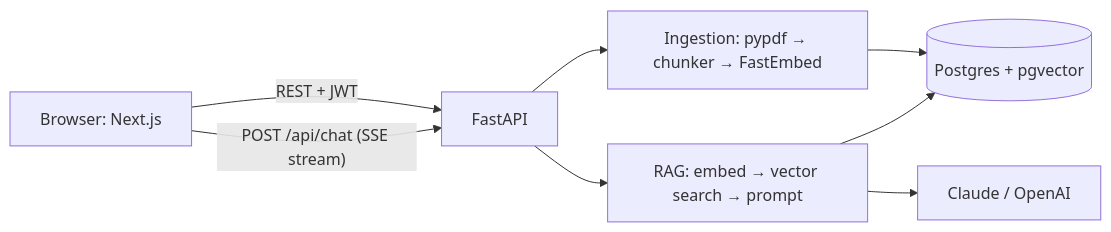
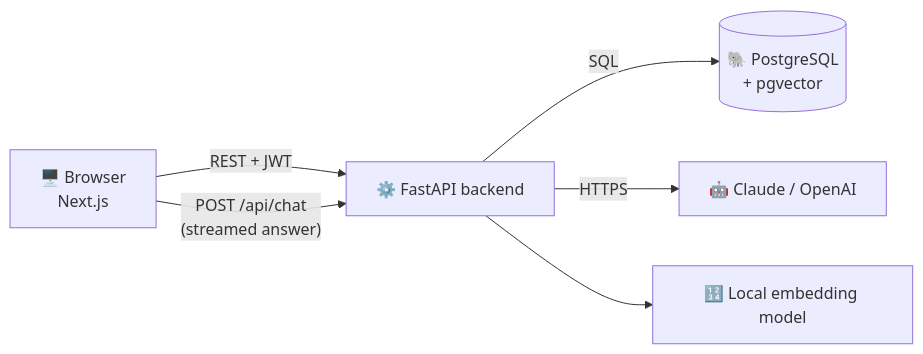
The first of 3 diagrams in README.md (hamza0200/qna-assistant-rag), drawn with Mermaid before and after one commit. The commit also changed other lines of this file, not shown here.

Commit message:
docs: rewrite README for open source (quick start, credentials, code map, flows)

````diff
--- a/README.md
+++ b/README.md
@@ -30,10 +149,8 @@
 ```mermaid
 flowchart LR
-  U[Browser: Next.js] -- REST + JWT --> API[FastAPI]
-  U -- POST /api/chat (SSE stream) --> API
-  API --> ING[Ingestion: pypdf → chunker → FastEmbed]
-  ING --> PG[(Postgres + pgvector)]
-  API --> RAG[RAG: embed → vector search → prompt]
-  RAG --> PG
-  RAG --> LLM[Claude / OpenAI]
+  B["🖥️ Browser<br/>Next.js"] -- "REST + JWT" --> API["⚙️ FastAPI backend"]
+  B -- "POST /api/chat<br/>(streamed answer)" --> API
+  API -- SQL --> DB[("🐘 PostgreSQL<br/>+ pgvector")]
+  API -- HTTPS --> LLM["🤖 Claude / OpenAI"]
+  API --> EMB["🔢 Local embedding model"]
 ```
````
